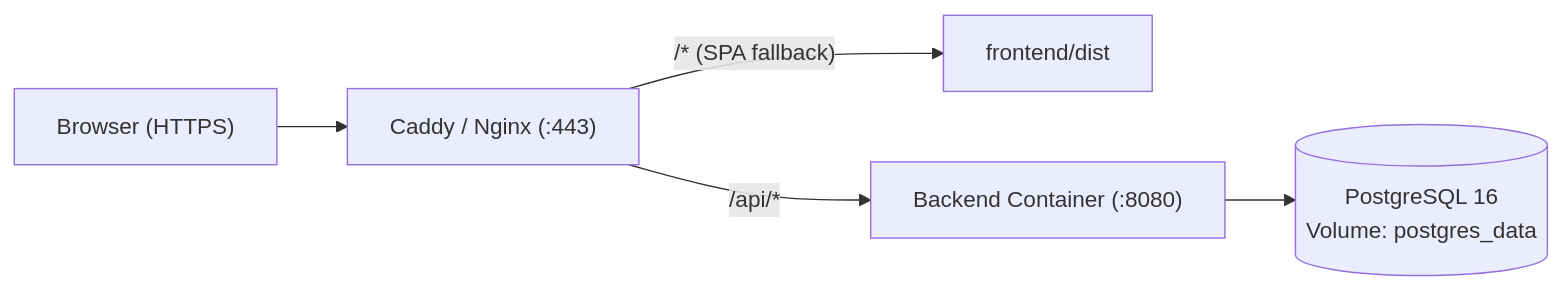
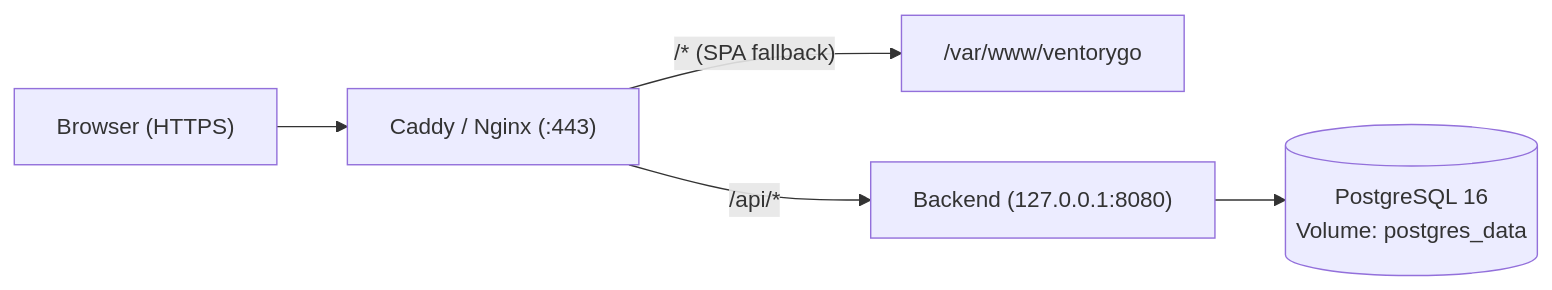
Before and after one commit to Mirac61/VentoryGo: the diagram in docs/self-hosting.md, drawn with Mermaid. The commit also changed other lines of this file and 1 other file, not shown here.

````diff
--- a/docs/self-hosting.md
+++ b/docs/self-hosting.md
@@ -9,7 +9,7 @@
 ```mermaid
 flowchart LR
   User["Browser (HTTPS)"] --> Proxy["Caddy / Nginx (:443)"]
-  Proxy -->|"/* (SPA fallback)"| Dist["frontend/dist"]
-  Proxy -->|"/api/*"| API["Backend Container (:8080)"]
+  Proxy -->|"/* (SPA fallback)"| Dist["/var/www/ventorygo"]
+  Proxy -->|"/api/*"| API["Backend (127.0.0.1:8080)"]
   API --> PG[("PostgreSQL 16\nVolume: postgres_data")]
 ```
````
